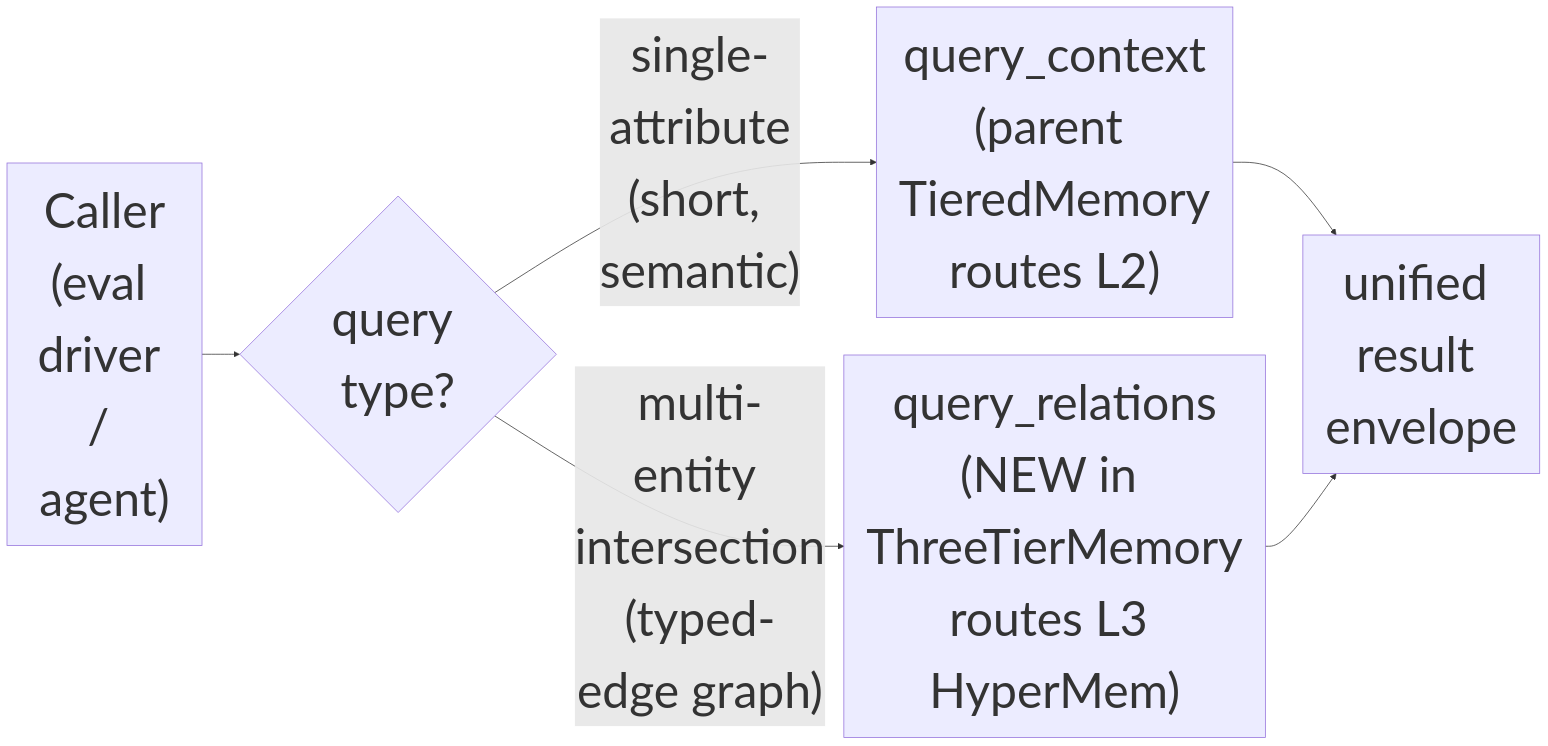
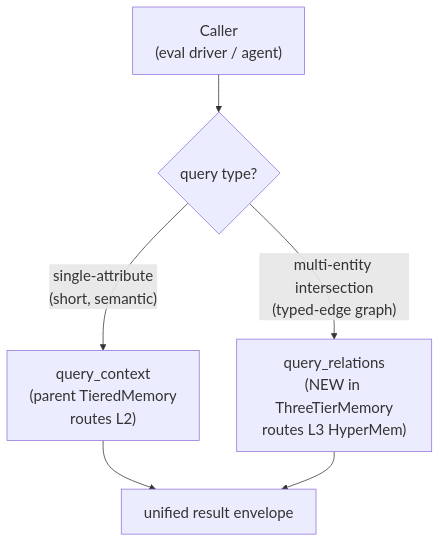
One commit to shaneliuyx/agent-development-curriculum changed diagram 11 of 13 in Week 3.5.9 - Requirement-Driven Memory Architecture.md. Above: the diagram before and after it, drawn with Mermaid. The commit also changed other lines of this file and 2 other files, not shown here.

First line of the commit message:
docs(diagrams): switch wide LR to TD; two-class fontSize rule (20/48px)

````diff
--- a/Week 3.5.9 - Requirement-Driven Memory Architecture.md
+++ b/Week 3.5.9 - Requirement-Driven Memory Architecture.md
@@ -1220,9 +1220,9 @@
 ```mermaid
-%%{init: {'theme':'default', 'themeVariables': {'fontSize':'64px'}, 'flowchart':{'useMaxWidth':false}}}%%
-flowchart LR
+%%{init: {'theme':'default', 'themeVariables': {'fontSize':'20px'}}}%%
+flowchart TD
   C["Caller<br/>(eval driver / agent)"] --> Q1{"query type?"}
   Q1 -->|"single-attribute<br/>(short, semantic)"| QC["query_context<br/>(parent TieredMemory<br/>routes L2)"]
   Q1 -->|"multi-entity intersection<br/>(typed-edge graph)"| QR["query_relations<br/>(NEW in ThreeTierMemory<br/>routes L3 HyperMem)"]
   QC --> R["unified result envelope"]
   QR --> R
 ```
````
